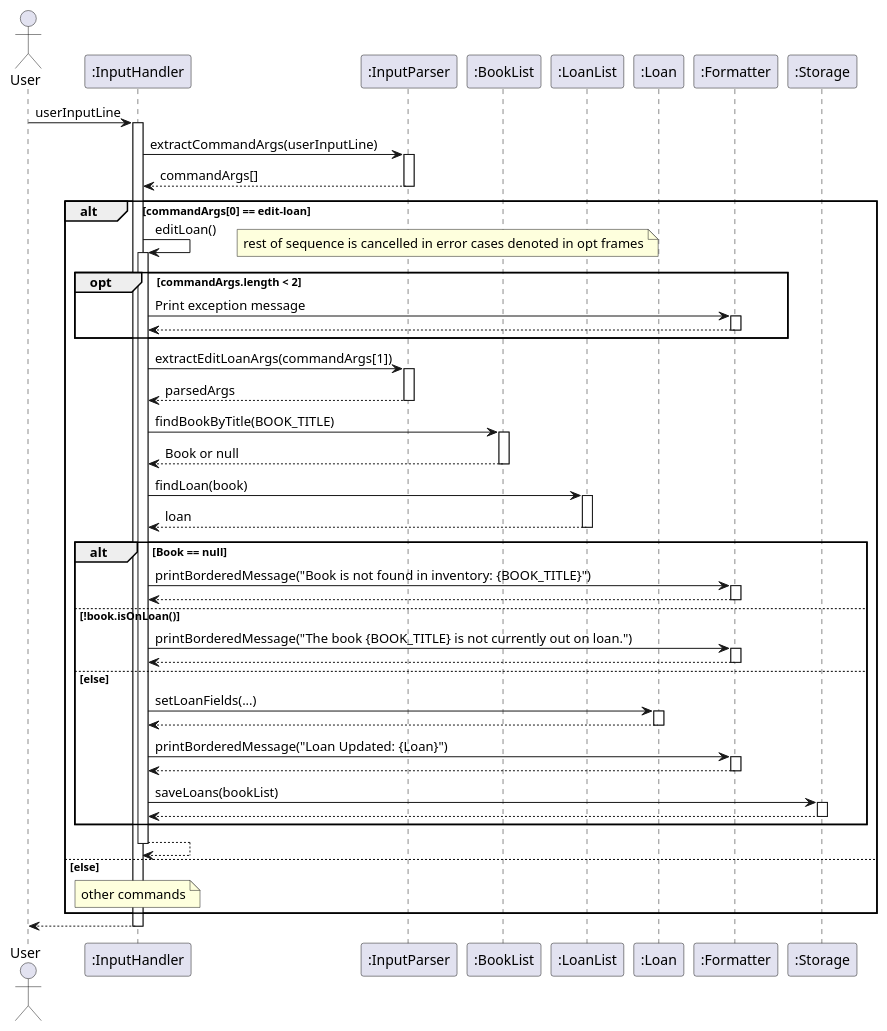
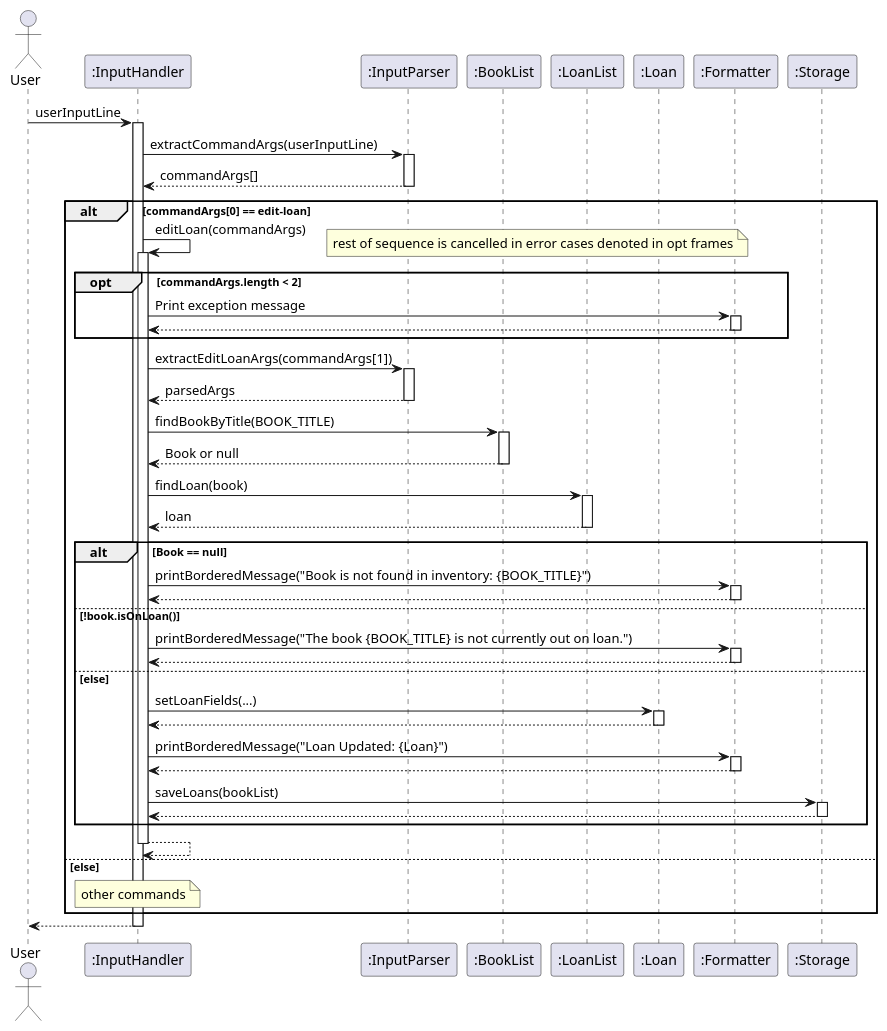
The diagram in docs/diagrams/editLoan.puml (AY2425S2-CS2113-T12-2/tp), drawn with PlantUML before and after one commit. The commit also changed 15 other files, not shown here.

Commit message:
add commandArgs into the method calls as arguments to reflect actual code

```diff
--- a/docs/diagrams/editLoan.puml
+++ b/docs/diagrams/editLoan.puml
@@ -1,93 +1,93 @@
 @startuml
 actor User
 participant InputHandler as ":InputHandler"
 participant InputParser as ":InputParser"
 participant BookList as ":BookList"
 participant LoanList as ":LoanList"
 participant Loan as ":Loan"
 participant Formatter as ":Formatter"
 participant Storage as ":Storage"
 
 User -> InputHandler: userInputLine
 activate InputHandler
 
 InputHandler -> InputParser: extractCommandArgs(userInputLine)
 activate InputParser
 
 InputParser --> InputHandler: commandArgs[]
 deactivate InputParser
 
 alt commandArgs[0] == edit-loan
-    InputHandler -> InputHandler : editLoan()
+    InputHandler -> InputHandler : editLoan(commandArgs)
     activate InputHandler
 
     opt commandArgs.length < 2
         note right
         rest of sequence is cancelled in error cases denoted in opt frames
         end note
         InputHandler -> Formatter: Print exception message
         activate Formatter
         Formatter --> InputHandler
         deactivate Formatter
     end
 
     InputHandler -> InputParser: extractEditLoanArgs(commandArgs[1])
     activate InputParser
 
     InputParser --> InputHandler: parsedArgs
     deactivate InputParser
 
     InputHandler -> BookList: findBookByTitle(BOOK_TITLE)
     activate BookList
 
     BookList --> InputHandler: Book or null
     deactivate BookList
 
     InputHandler -> LoanList: findLoan(book)
     activate LoanList
 
     LoanList --> InputHandler: loan
     deactivate LoanList
 
         alt Book == null
             InputHandler -> Formatter: printBorderedMessage("Book is not found in inventory: {BOOK_TITLE}")
             activate Formatter
             Formatter --> InputHandler
             deactivate Formatter
         
         else !book.isOnLoan()
             InputHandler -> Formatter: printBorderedMessage("The book {BOOK_TITLE} is not currently out on loan.")
             activate Formatter
             Formatter --> InputHandler
             deactivate Formatter
         
         else else
             InputHandler -> Loan : setLoanFields(...)
             activate Loan
             Loan --> InputHandler
             deactivate Loan       
 
             InputHandler -> Formatter: printBorderedMessage("Loan Updated: {Loan}")
             activate Formatter
             Formatter --> InputHandler
             deactivate Formatter
 
             InputHandler -> Storage: saveLoans(bookList)
             activate Storage
             Storage --> InputHandler
             deactivate Storage
 
         end
 
 
 InputHandler --> InputHandler
 deactivate InputHandler
 
 else else
     note over InputHandler : other commands
 end
 
 
 InputHandler --> User
 deactivate InputHandler
 @enduml
```
